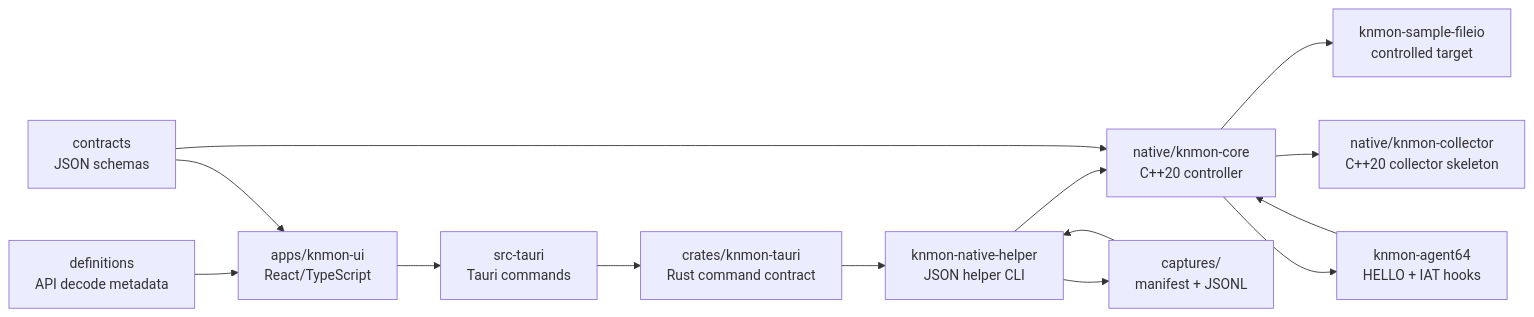
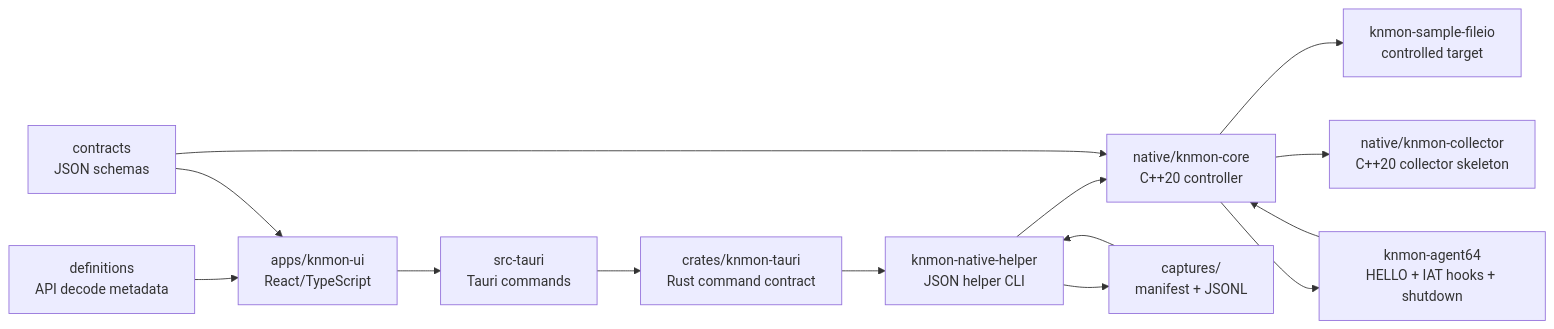
One commit to kernullist/KnWin32ApiMonitor changed the diagram in docs/architecture.md. Above: the diagram before and after it, drawn with Mermaid. The commit also changed other lines of this file and 15 other files, not shown here.

````diff
--- a/docs/architecture.md
+++ b/docs/architecture.md
@@ -13,28 +13,28 @@
 ```mermaid
 flowchart LR
     UI["apps/knmon-ui<br/>React/TypeScript"]
     TAURI["src-tauri<br/>Tauri commands"]
     RUST["crates/knmon-tauri<br/>Rust command contract"]
     CORE["native/knmon-core<br/>C++20 controller"]
     COL["native/knmon-collector<br/>C++20 collector skeleton"]
     HELPER["knmon-native-helper<br/>JSON helper CLI"]
     SAMPLE["knmon-sample-fileio<br/>controlled target"]
-    AGENT["knmon-agent64<br/>HELLO + IAT hooks"]
+    AGENT["knmon-agent64<br/>HELLO + IAT hooks + shutdown"]
     SESSION["captures/<br/>manifest + JSONL"]
     DEF["definitions<br/>API decode metadata"]
     CONTRACT["contracts<br/>JSON schemas"]
 
     UI --> TAURI
     TAURI --> RUST
     RUST --> HELPER
     HELPER --> CORE
     CORE --> SAMPLE
     CORE --> AGENT
     AGENT --> CORE
     CORE --> COL
     HELPER --> SESSION
     SESSION --> HELPER
     DEF --> UI
     CONTRACT --> UI
     CONTRACT --> CORE
 ```
````
